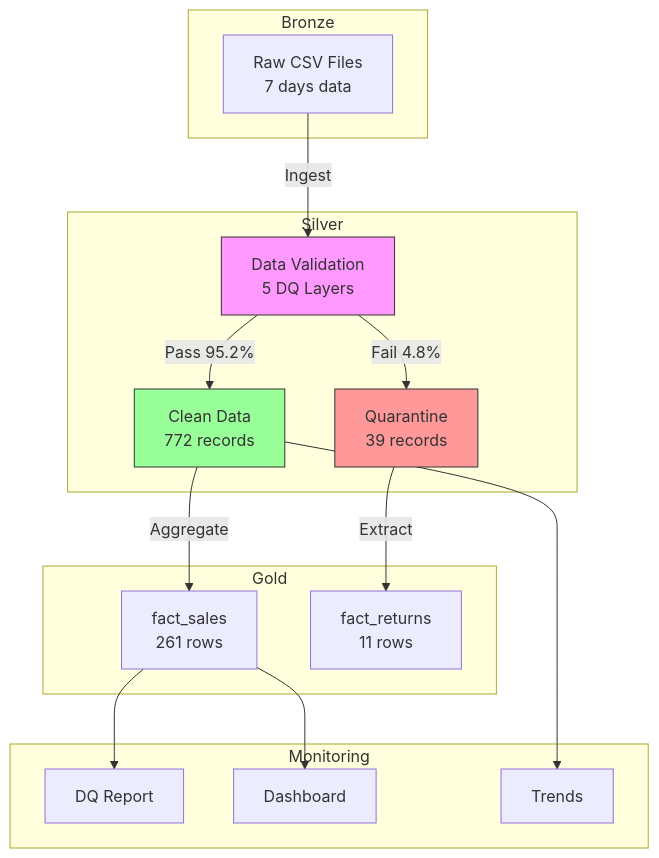
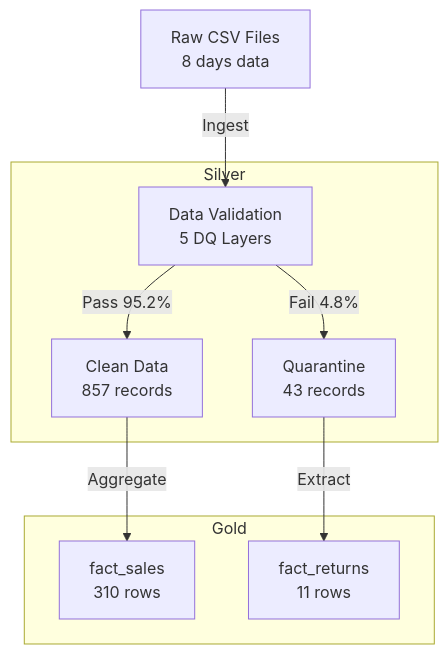
The diagram in README.md (TraderKAI619/incremental-sales-pipeline), drawn with Mermaid before and after one commit. The commit also changed other lines of this file, not shown here.

````diff
--- a/README.md
+++ b/README.md
@@ -55,36 +52,20 @@
 ```mermaid
 graph TD
-    subgraph Bronze
-        A[Raw CSV Files<br/>7 days data]
-    end
-    
-    subgraph Silver
-        B[Data Validation<br/>5 DQ Layers]
-        C[Clean Data<br/>772 records]
-        D[Quarantine<br/>39 records]
-    end
-    
-    subgraph Gold
-        E[fact_sales<br/>261 rows]
-        F[fact_returns<br/>11 rows]
-    end
-    
-    subgraph Monitoring
-        G[DQ Report]
-        H[Dashboard]
-        I[Trends]
-    end
-    
-    A -->|Ingest| B
-    B -->|Pass 95.2%| C
-    B -->|Fail 4.8%| D
-    C -->|Aggregate| E
-    D -->|Extract| F
-    E --> G
-    E --> H
-    C --> I
-    
-    style B fill:#f9f,stroke:#333
-    style C fill:#9f9,stroke:#333
-    style D fill:#f99,stroke:#333
+  A[Raw CSV Files<br/>8 days data] -->|Ingest| B
+
+  subgraph Silver
+    B[Data Validation<br/>5 DQ Layers]
+    C[Clean Data<br/>857 records]
+    D[Quarantine<br/>43 records]
+  end
+
+  subgraph Gold
+    E[fact_sales<br/>310 rows]
+    F[fact_returns<br/>11 rows]
+  end
+
+  B -->|Pass 95.2%| C
+  B -->|Fail 4.8%| D
+  C -->|Aggregate| E
+  D -->|Extract| F
 ```
````
